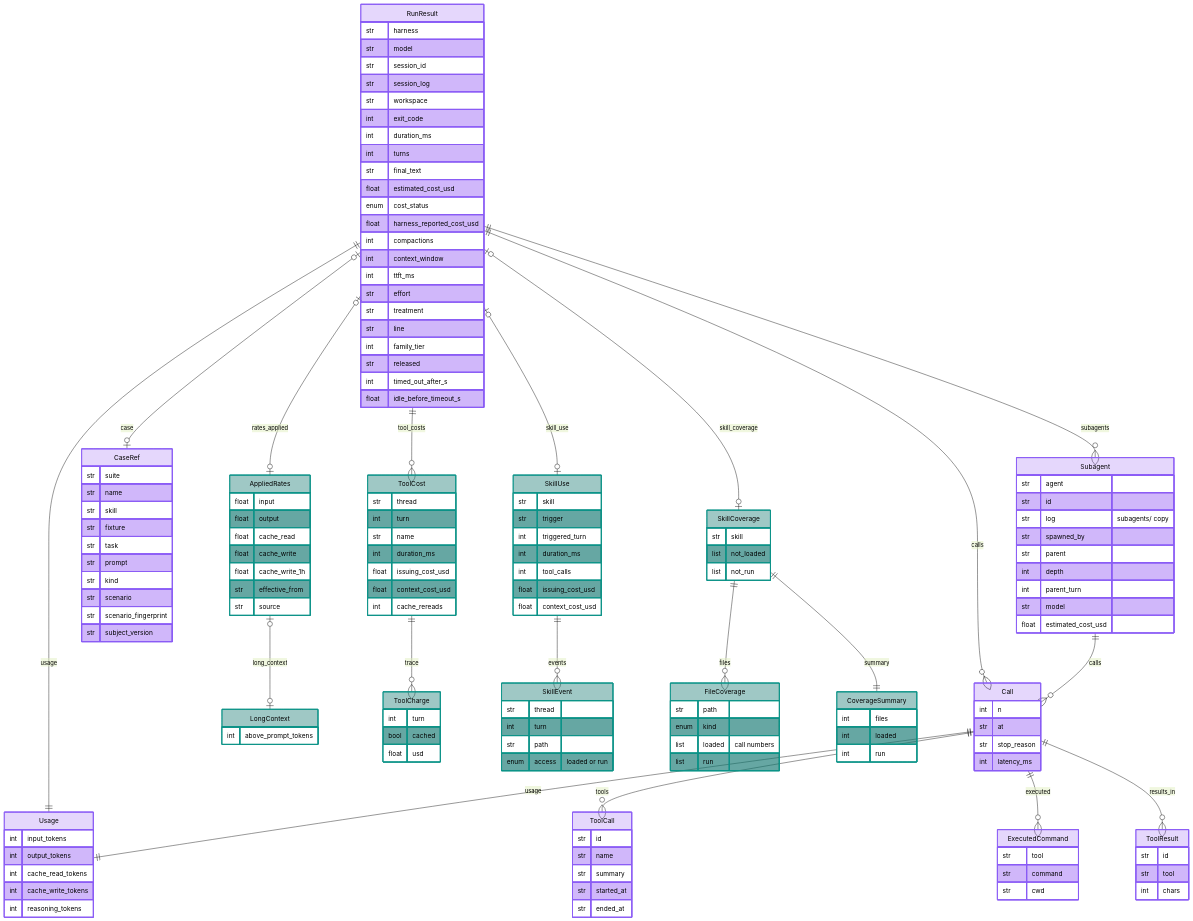
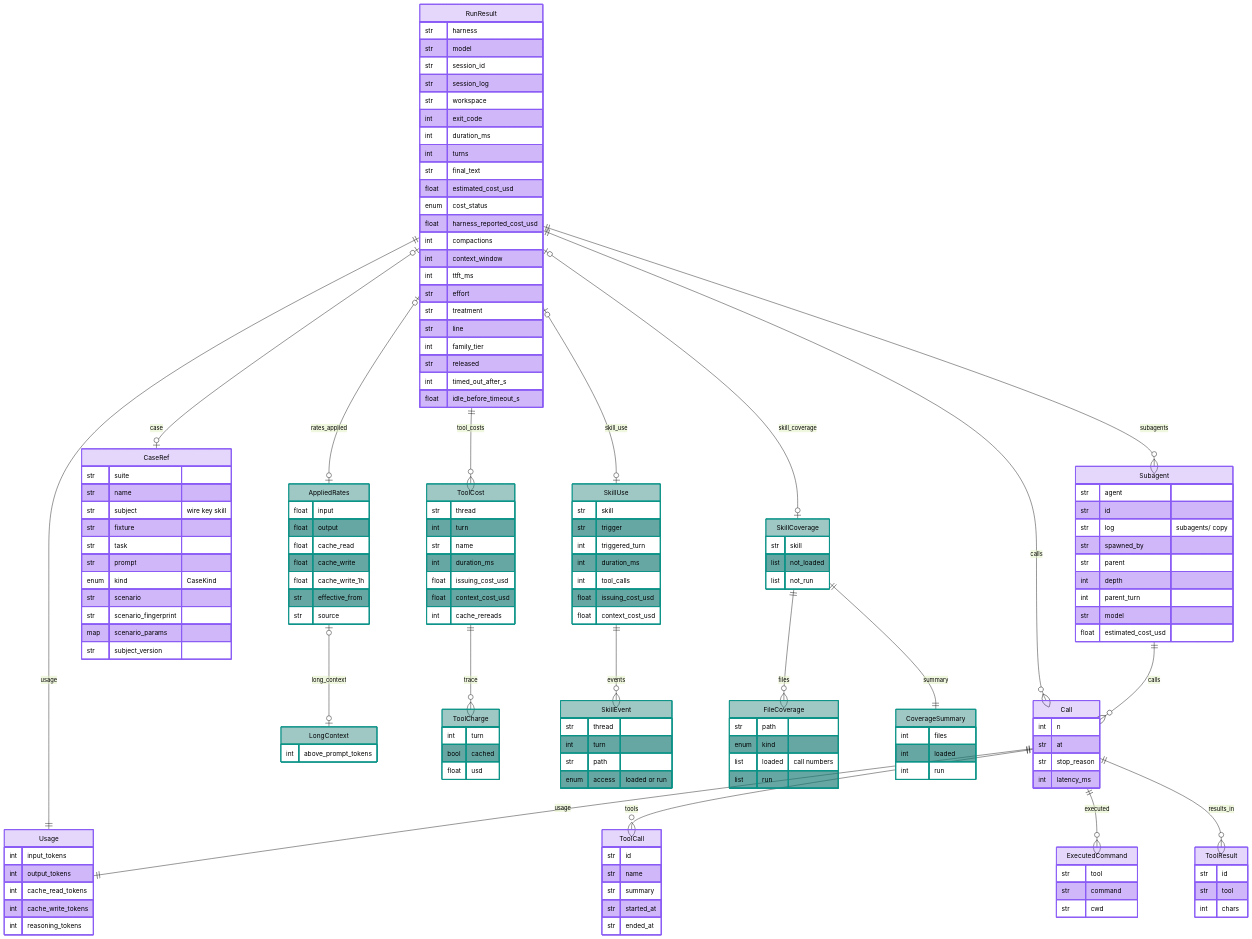
One commit to neozenith/pytest-xharness-eval changed diagram 17 of 39 in ARCHITECTURE.md. Above: the diagram before and after it, drawn with Mermaid (forest theme). The commit also changed other lines of this file and 1 other file, not shown here.

First line of the commit message:
docs: ARCHITECTURE.md refreshed for the wired Analyzer, CellPlan and ADR 0076 names

```diff
--- a/ARCHITECTURE.md
+++ b/ARCHITECTURE.md
@@ -949,13 +1010,14 @@
     CaseRef {
         str suite
         str name
-        str skill
+        str subject "wire key skill"
         str fixture
         str task
         str prompt
-        str kind
+        enum kind "CaseKind"
         str scenario
         str scenario_fingerprint
+        map scenario_params
         str subject_version
     }
     AppliedRates {
```
